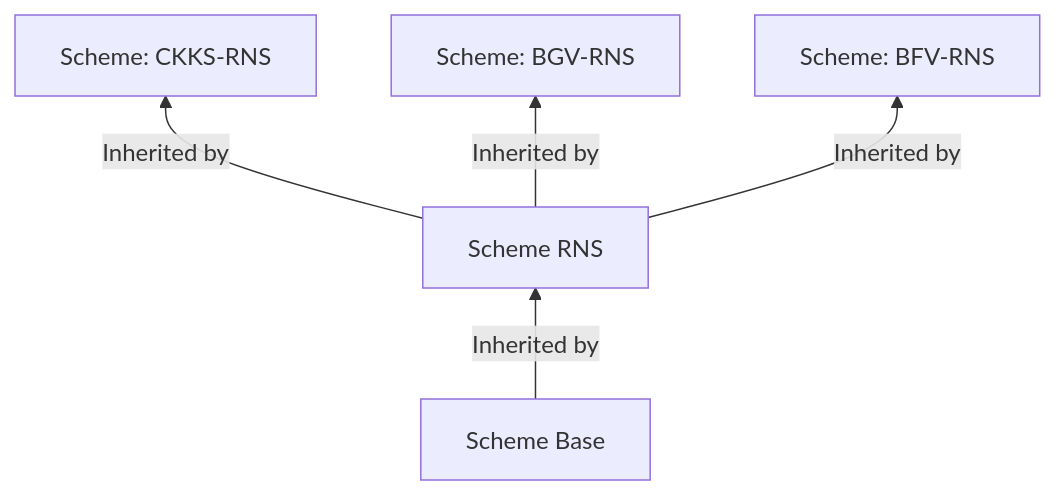
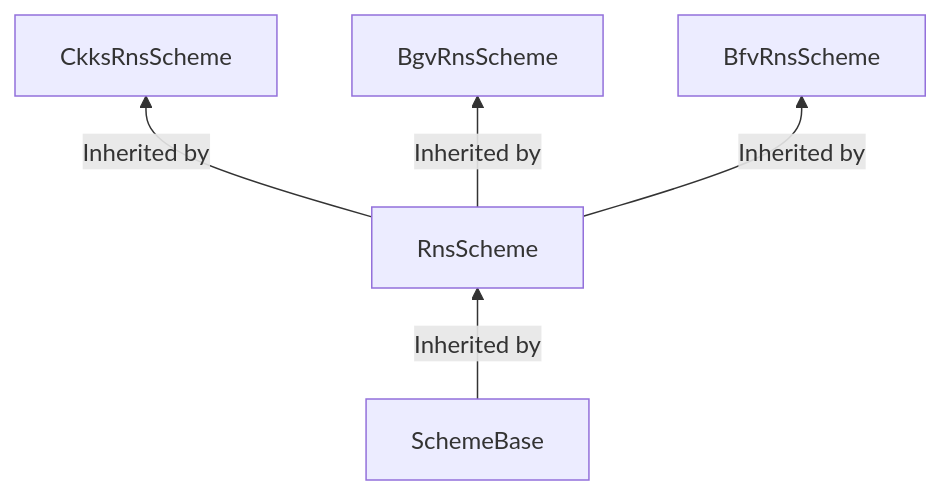
One commit to aeropittura/cipher changed the diagram in docs/sphinx_rsts/modules/pke/pke_scheme.rst. Above: the diagram before and after it, drawn with Mermaid. The commit also changed other lines of this file and 284 other files, not shown here.

```diff
--- a/docs/sphinx_rsts/modules/pke/pke_scheme.rst
+++ b/docs/sphinx_rsts/modules/pke/pke_scheme.rst
@@ -14,7 +14,7 @@
 .. mermaid::
 
   graph BT
-      A[Scheme Base] --> |Inherited by|B[Scheme RNS];
-      B[Scheme RNS] --> |Inherited by|D[Scheme: CKKS-RNS];
-      B[Scheme RNS] --> |Inherited by|E[Scheme: BGV-RNS];
-      B[Scheme RNS] --> |Inherited by|F[Scheme: BFV-RNS];
+      A[SchemeBase] --> |Inherited by|B[RnsScheme];
+      B[RnsScheme] --> |Inherited by|D[CkksRnsScheme];
+      B[RnsScheme] --> |Inherited by|E[BgvRnsScheme];
+      B[RnsScheme] --> |Inherited by|F[BfvRnsScheme];
```
